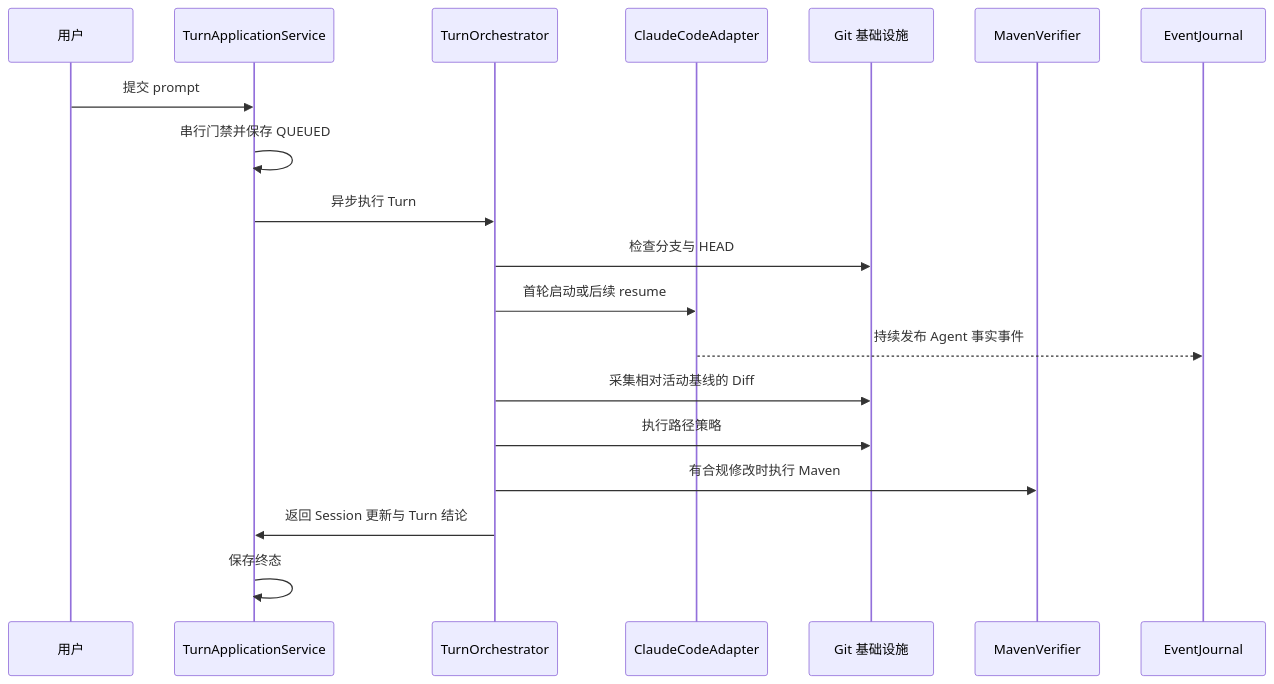
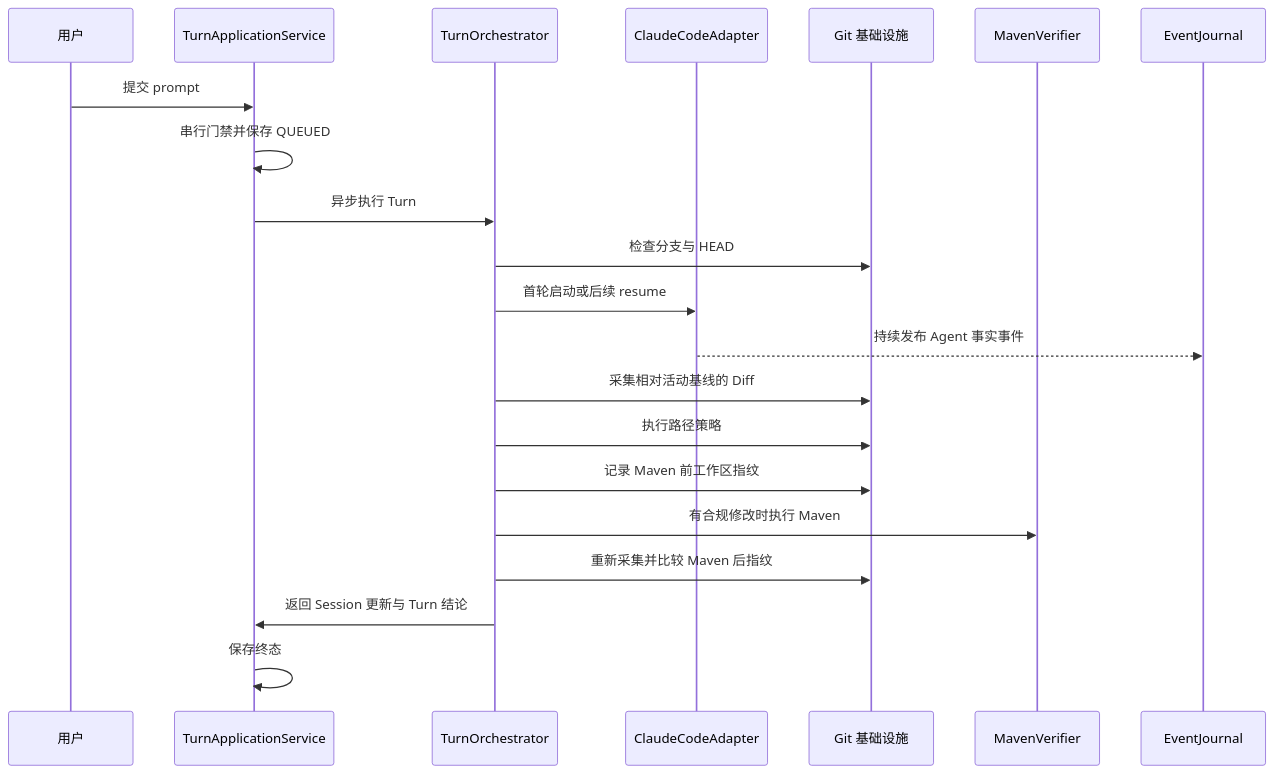
One commit to smile-gu/Code-Weave changed the seventh of 11 diagrams in docs/architecture/current-architecture.md. Above: the diagram before and after it, drawn with Mermaid. The commit also changed other lines of this file and 28 other files, not shown here.

````diff
--- a/docs/architecture/current-architecture.md
+++ b/docs/architecture/current-architecture.md
@@ -185,21 +185,23 @@
 ```mermaid
 sequenceDiagram
     participant U as 用户
     participant APP as TurnApplicationService
     participant O as TurnOrchestrator
     participant C as ClaudeCodeAdapter
     participant G as Git 基础设施
     participant M as MavenVerifier
     participant E as EventJournal
     U->>APP: 提交 prompt
     APP->>APP: 串行门禁并保存 QUEUED
     APP->>O: 异步执行 Turn
     O->>G: 检查分支与 HEAD
     O->>C: 首轮启动或后续 resume
     C-->>E: 持续发布 Agent 事实事件
     O->>G: 采集相对活动基线的 Diff
     O->>G: 执行路径策略
+    O->>G: 记录 Maven 前工作区指纹
     O->>M: 有合规修改时执行 Maven
+    O->>G: 重新采集并比较 Maven 后指纹
     O->>APP: 返回 Session 更新与 Turn 结论
     APP->>APP: 保存终态
 ```
````
